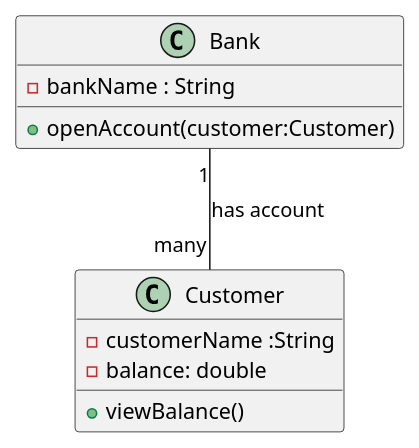
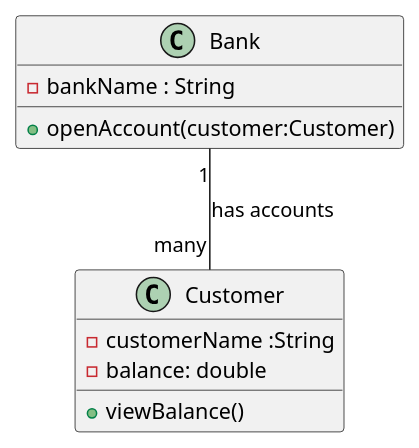
The diagram in java-oops-practice/gcr-codebase/JavaOopsConcepts/src/com/objectmodelling/level1/BankAssociation.puml (MOHIT-D360/BridgeLabz-Training), drawn with PlantUML before and after one commit.

Commit message:
[Mohit] : Bank accociation object model diagram added

```diff
--- a/java-oops-practice/gcr-codebase/JavaOopsConcepts/src/com/objectmodelling/level1/BankAssociation.puml
+++ b/java-oops-practice/gcr-codebase/JavaOopsConcepts/src/com/objectmodelling/level1/BankAssociation.puml
@@ -1,15 +1,15 @@
 @startuml
 
 class Bank{
     - bankName : String 
     + openAccount(customer:Customer)
 }
 class Customer{
     -customerName :String
     -balance: double
     +viewBalance()
 }
 
-Bank "1" -- "many" Customer : has account
+Bank "1" -- "many" Customer : has accounts
 
 @enduml
```
